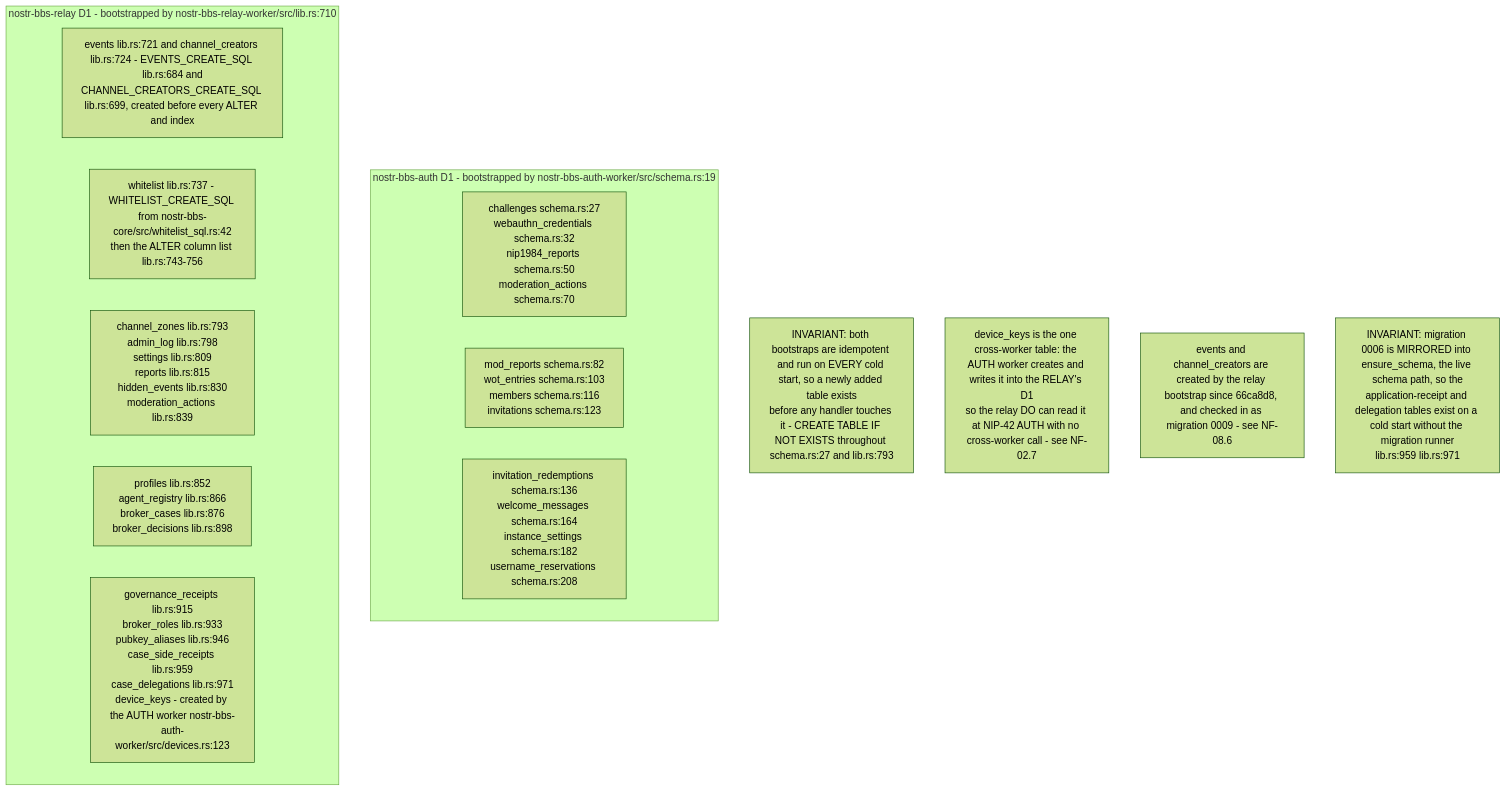
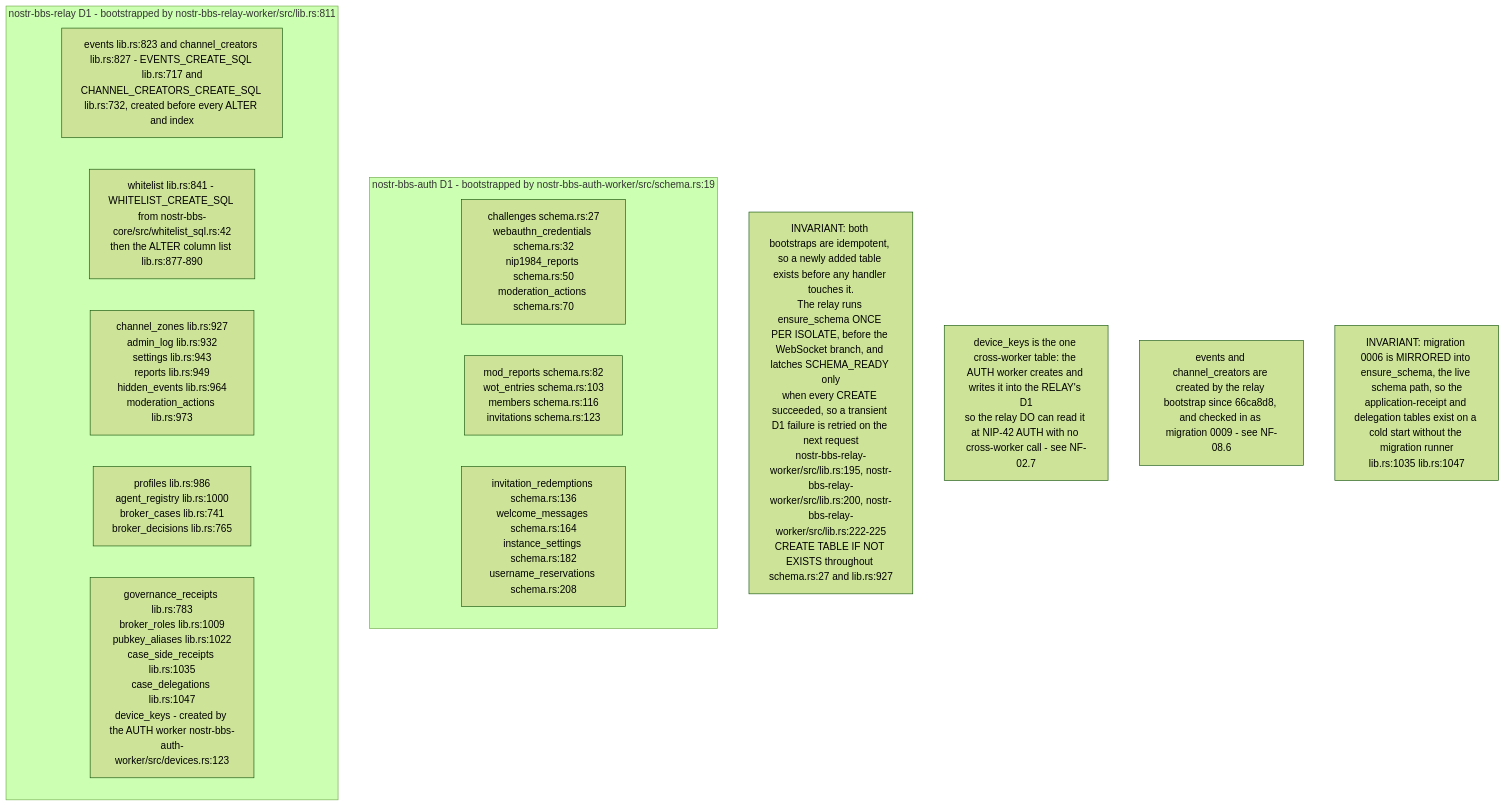
Before and after one commit to DreamLab-AI/VisionFlow: the fifth of 9 diagrams in docs/diagrams/nostr-rust-forum/08-config-zones-stores-and-admin-authority.md, drawn with Mermaid (forest theme). The commit also changed other lines of this file and 160 other files, not shown here.

````diff
--- a/docs/diagrams/nostr-rust-forum/08-config-zones-stores-and-admin-authority.md
+++ b/docs/diagrams/nostr-rust-forum/08-config-zones-stores-and-admin-authority.md
@@ -167,20 +172,20 @@
 ```mermaid
 flowchart TB
     subgraph authd1["nostr-bbs-auth D1 - bootstrapped by nostr-bbs-auth-worker/src/schema.rs:19"]
         A1["challenges schema.rs:27<br/>webauthn_credentials schema.rs:32<br/>nip1984_reports schema.rs:50<br/>moderation_actions schema.rs:70"]
         A2["mod_reports schema.rs:82<br/>wot_entries schema.rs:103<br/>members schema.rs:116<br/>invitations schema.rs:123"]
         A3["invitation_redemptions schema.rs:136<br/>welcome_messages schema.rs:164<br/>instance_settings schema.rs:182<br/>username_reservations schema.rs:208"]
     end
-    subgraph relayd1["nostr-bbs-relay D1 - bootstrapped by nostr-bbs-relay-worker/src/lib.rs:710"]
-        RE["events lib.rs:721 and channel_creators lib.rs:724 - EVENTS_CREATE_SQL lib.rs:684 and<br/>CHANNEL_CREATORS_CREATE_SQL lib.rs:699, created before every ALTER and index"]
-        R0["whitelist lib.rs:737 - WHITELIST_CREATE_SQL from nostr-bbs-core/src/whitelist_sql.rs:42<br/>then the ALTER column list lib.rs:743-756"]
-        R1["channel_zones lib.rs:793<br/>admin_log lib.rs:798<br/>settings lib.rs:809<br/>reports lib.rs:815<br/>hidden_events lib.rs:830<br/>moderation_actions lib.rs:839"]
-        R2["profiles lib.rs:852<br/>agent_registry lib.rs:866<br/>broker_cases lib.rs:876<br/>broker_decisions lib.rs:898"]
-        R3["governance_receipts lib.rs:915<br/>broker_roles lib.rs:933<br/>pubkey_aliases lib.rs:946<br/>case_side_receipts lib.rs:959<br/>case_delegations lib.rs:971<br/>device_keys - created by the AUTH worker nostr-bbs-auth-worker/src/devices.rs:123"]
+    subgraph relayd1["nostr-bbs-relay D1 - bootstrapped by nostr-bbs-relay-worker/src/lib.rs:811"]
+        RE["events lib.rs:823 and channel_creators lib.rs:827 - EVENTS_CREATE_SQL lib.rs:717 and<br/>CHANNEL_CREATORS_CREATE_SQL lib.rs:732, created before every ALTER and index"]
+        R0["whitelist lib.rs:841 - WHITELIST_CREATE_SQL from nostr-bbs-core/src/whitelist_sql.rs:42<br/>then the ALTER column list lib.rs:877-890"]
+        R1["channel_zones lib.rs:927<br/>admin_log lib.rs:932<br/>settings lib.rs:943<br/>reports lib.rs:949<br/>hidden_events lib.rs:964<br/>moderation_actions lib.rs:973"]
+        R2["profiles lib.rs:986<br/>agent_registry lib.rs:1000<br/>broker_cases lib.rs:741<br/>broker_decisions lib.rs:765"]
+        R3["governance_receipts lib.rs:783<br/>broker_roles lib.rs:1009<br/>pubkey_aliases lib.rs:1022<br/>case_side_receipts lib.rs:1035<br/>case_delegations lib.rs:1047<br/>device_keys - created by the AUTH worker nostr-bbs-auth-worker/src/devices.rs:123"]
     end
 
-    N1["INVARIANT: both bootstraps are idempotent and run on EVERY cold start, so a newly added table exists<br/>before any handler touches it - CREATE TABLE IF NOT EXISTS throughout schema.rs:27 and lib.rs:793"]
+    N1["INVARIANT: both bootstraps are idempotent, so a newly added table exists before any handler touches it.<br/>The relay runs ensure_schema ONCE PER ISOLATE, before the WebSocket branch, and latches SCHEMA_READY only<br/>when every CREATE succeeded, so a transient D1 failure is retried on the next request<br/>nostr-bbs-relay-worker/src/lib.rs:195, nostr-bbs-relay-worker/src/lib.rs:200, nostr-bbs-relay-worker/src/lib.rs:222-225<br/>CREATE TABLE IF NOT EXISTS throughout schema.rs:27 and lib.rs:927"]
     N2["device_keys is the one cross-worker table: the AUTH worker creates and writes it into the RELAY's D1<br/>so the relay DO can read it at NIP-42 AUTH with no cross-worker call - see NF-02.7"]
     N3["events and channel_creators are created by the relay bootstrap since 66ca8d8, and checked in as migration 0009 - see NF-08.6"]
-    N4["INVARIANT: migration 0006 is MIRRORED into ensure_schema, the live schema path, so the<br/>application-receipt and delegation tables exist on a cold start without the migration runner<br/>lib.rs:959 lib.rs:971"]
+    N4["INVARIANT: migration 0006 is MIRRORED into ensure_schema, the live schema path, so the<br/>application-receipt and delegation tables exist on a cold start without the migration runner<br/>lib.rs:1035 lib.rs:1047"]
 ```
````
